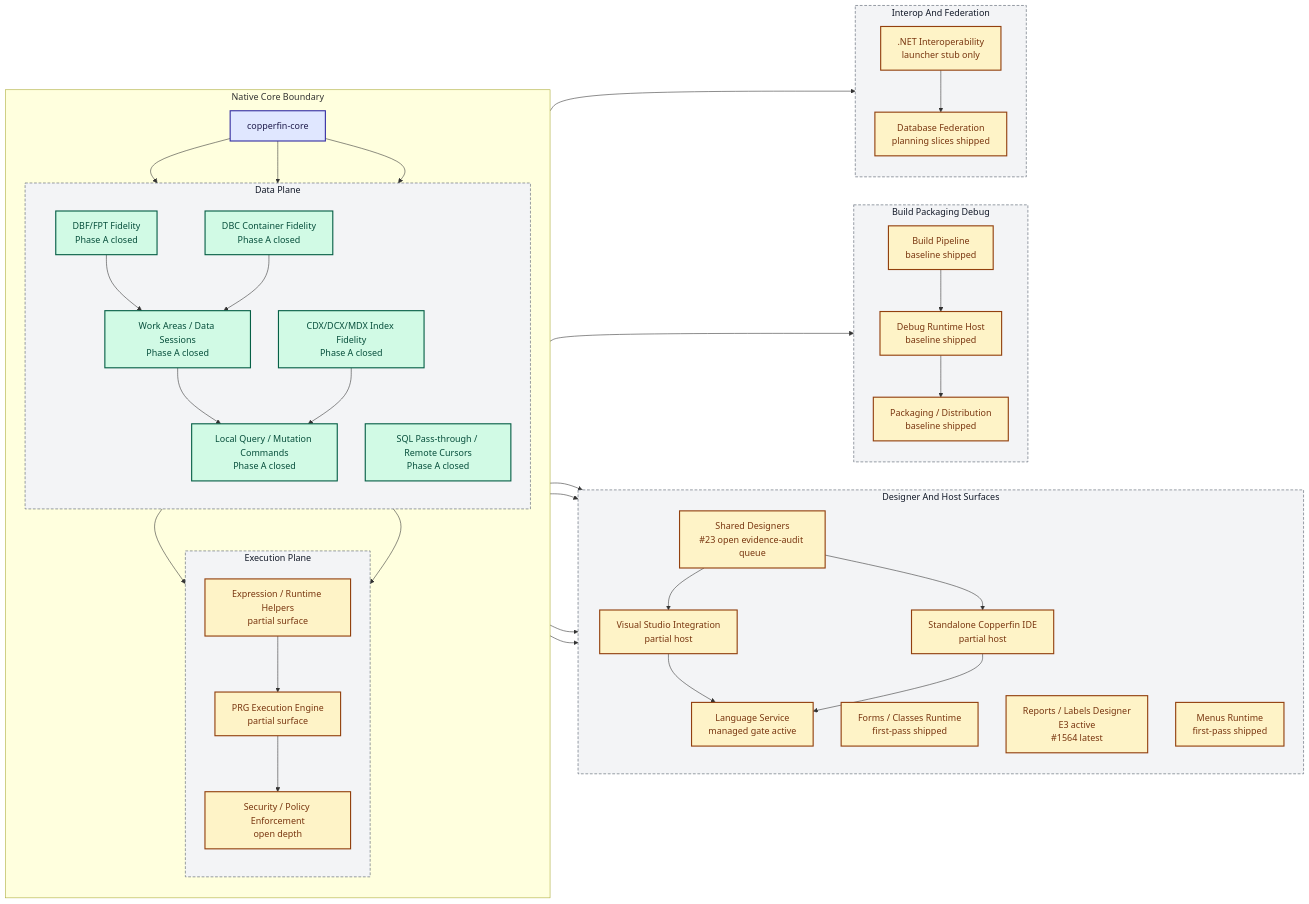
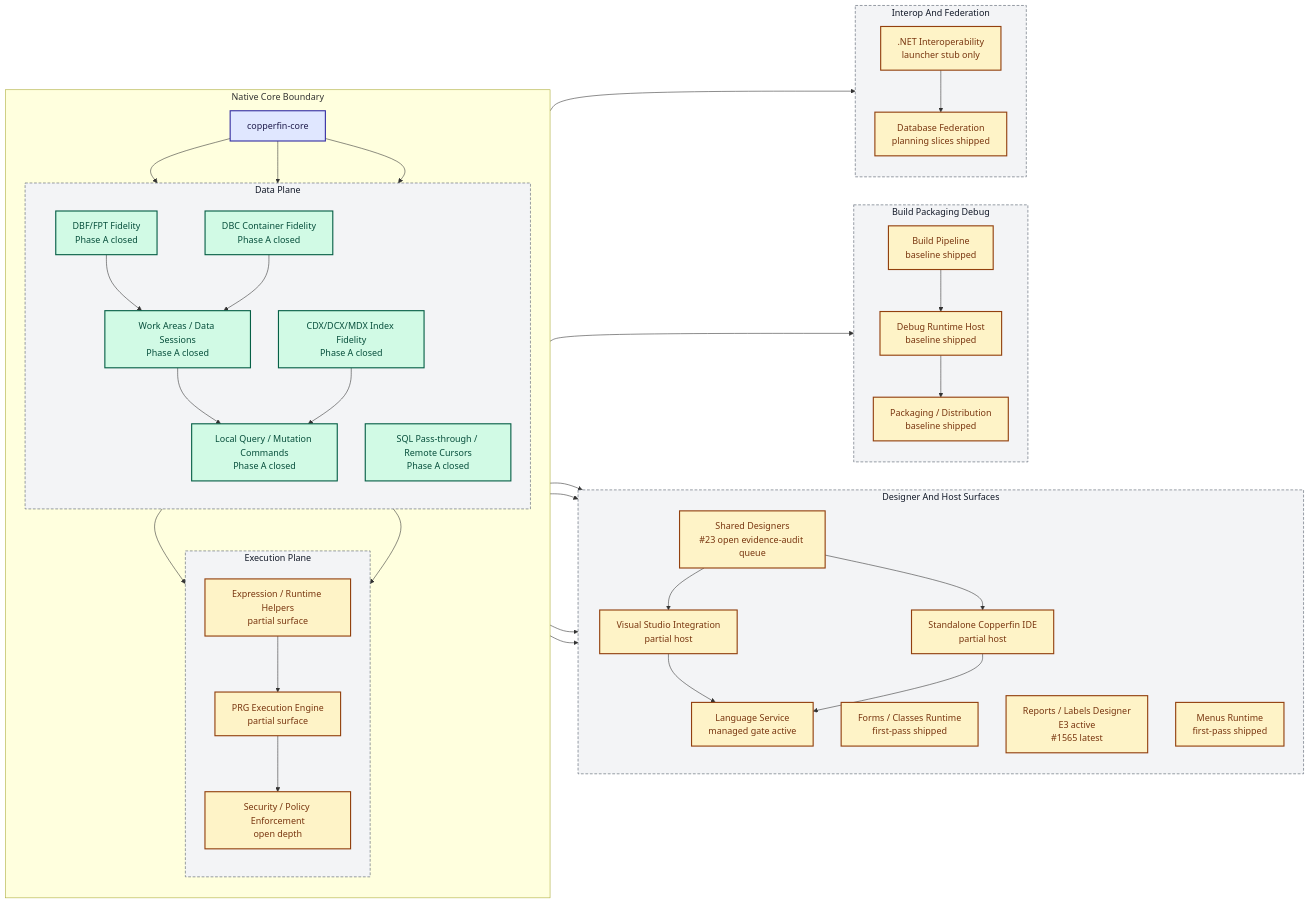
One commit to rhamenator/Project-Copperfin changed the diagram in docs/02-architecture.md. Above: the diagram before and after it, drawn with Mermaid. The commit also changed 6 other files, not shown here.

```diff
--- a/docs/02-architecture.md
+++ b/docs/02-architecture.md
@@ -36,7 +36,7 @@
         direction TB
         DES["Shared Designers<br/>#23 open evidence-audit queue"]
         FORMS["Forms / Classes Runtime<br/>first-pass shipped"]
-        RPT["Reports / Labels Designer<br/>E3 active<br/>#1564 latest"]
+        RPT["Reports / Labels Designer<br/>E3 active<br/>#1565 latest"]
         MENU["Menus Runtime<br/>first-pass shipped"]
         VS["Visual Studio Integration<br/>partial host"]
         IDE["Standalone Copperfin IDE<br/>partial host"]
```
